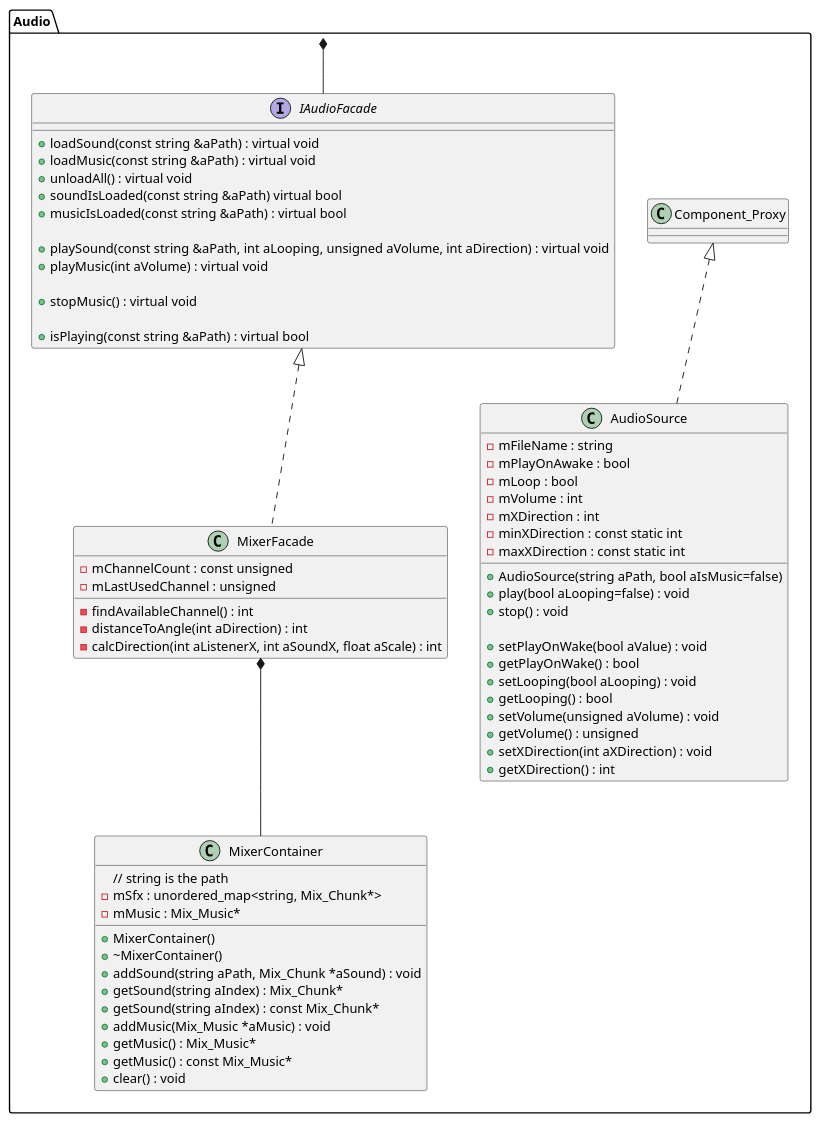
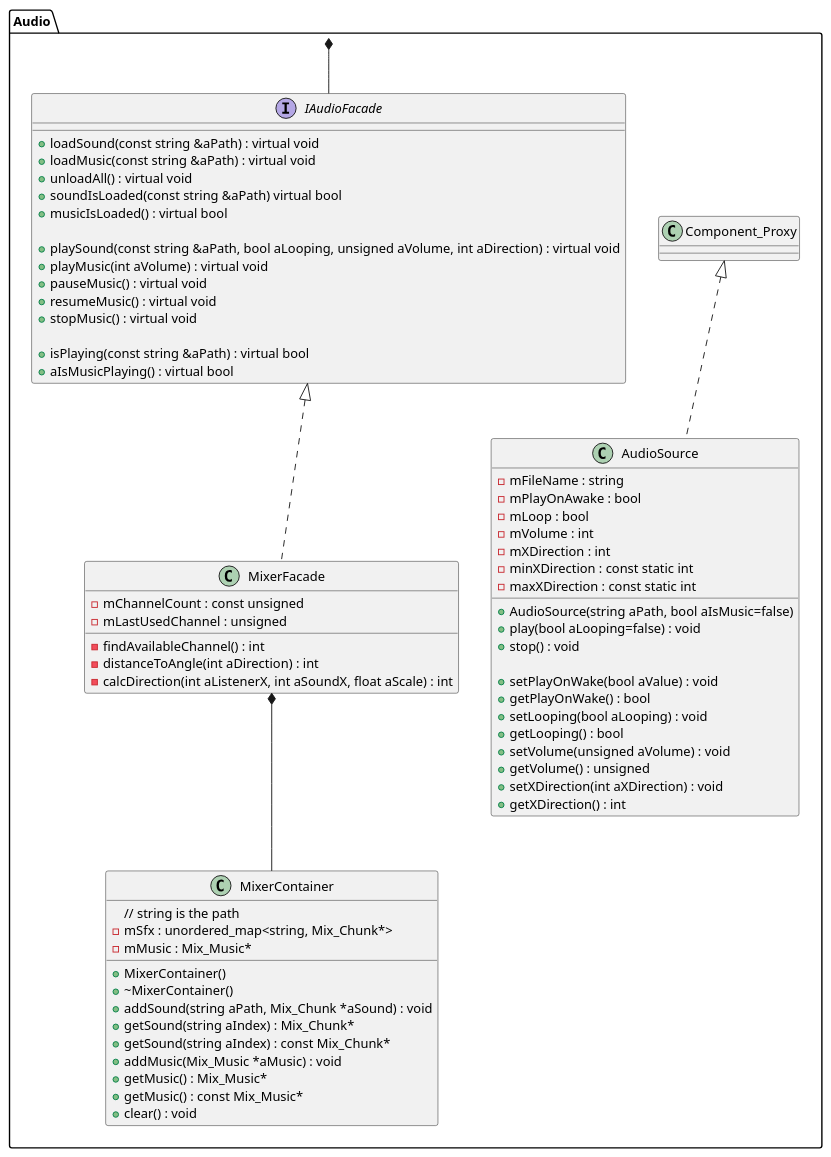
Before and after one commit to Seger01/GameEngine: the diagram in docs/Diagrams/classDiagramPackages/audioPackage.puml, drawn with PlantUML.

Commit message:
Updated IAudioFacade class diagram

```diff
--- a/docs/Diagrams/classDiagramPackages/audioPackage.puml
+++ b/docs/Diagrams/classDiagramPackages/audioPackage.puml
@@ -1,72 +1,74 @@
 @startuml audioPackageClassDiagram
 
 package Audio{
     class Component_Proxy {}
 
 class AudioSource implements Component_Proxy{
     - mFileName : string
     - mPlayOnAwake : bool
     - mLoop : bool
     - mVolume : int
     - mXDirection : int
     - minXDirection : const static int
     - maxXDirection : const static int
     + AudioSource(string aPath, bool aIsMusic=false)
     + play(bool aLooping=false) : void
     + stop() : void 
 
     + setPlayOnWake(bool aValue) : void
     + getPlayOnWake() : bool
     + setLooping(bool aLooping) : void
     + getLooping() : bool
     + setVolume(unsigned aVolume) : void
     + getVolume() : unsigned
     + setXDirection(int aXDirection) : void
     + getXDirection() : int
 }
 
 interface IAudioFacade {
     + loadSound(const string &aPath) : virtual void
     + loadMusic(const string &aPath) : virtual void
     + unloadAll() : virtual void
     + soundIsLoaded(const string &aPath) virtual bool
-    + musicIsLoaded(const string &aPath) : virtual bool
+    + musicIsLoaded() : virtual bool
     
-    + playSound(const string &aPath, int aLooping, unsigned aVolume, int aDirection) : virtual void
+    + playSound(const string &aPath, bool aLooping, unsigned aVolume, int aDirection) : virtual void
     + playMusic(int aVolume) : virtual void
-    
-    + stopMusic() : virtual void
+	+ pauseMusic() : virtual void
+	+ resumeMusic() : virtual void
+	+ stopMusic() : virtual void
     
     + isPlaying(const string &aPath) : virtual bool
+    + aIsMusicPlaying() : virtual bool
 }
 
 class MixerFacade implements IAudioFacade {
     - mChannelCount : const unsigned
     - mLastUsedChannel : unsigned
     - findAvailableChannel() : int
     - distanceToAngle(int aDirection) : int
     - calcDirection(int aListenerX, int aSoundX, float aScale) : int
 }
 
 class MixerContainer {
     // string is the path
     - mSfx : unordered_map<string, Mix_Chunk*>
     - mMusic : Mix_Music*
     + MixerContainer()
     + ~MixerContainer()
     + addSound(string aPath, Mix_Chunk *aSound) : void
     + getSound(string aIndex) : Mix_Chunk*
     + getSound(string aIndex) : const Mix_Chunk*
     + addMusic(Mix_Music *aMusic) : void
     + getMusic() : Mix_Music*
     + getMusic() : const Mix_Music*
     + clear() : void
 }
 
 MixerFacade *-- MixerContainer
 
 }
 
 Audio *--IAudioFacade
 
 @enduml
```
